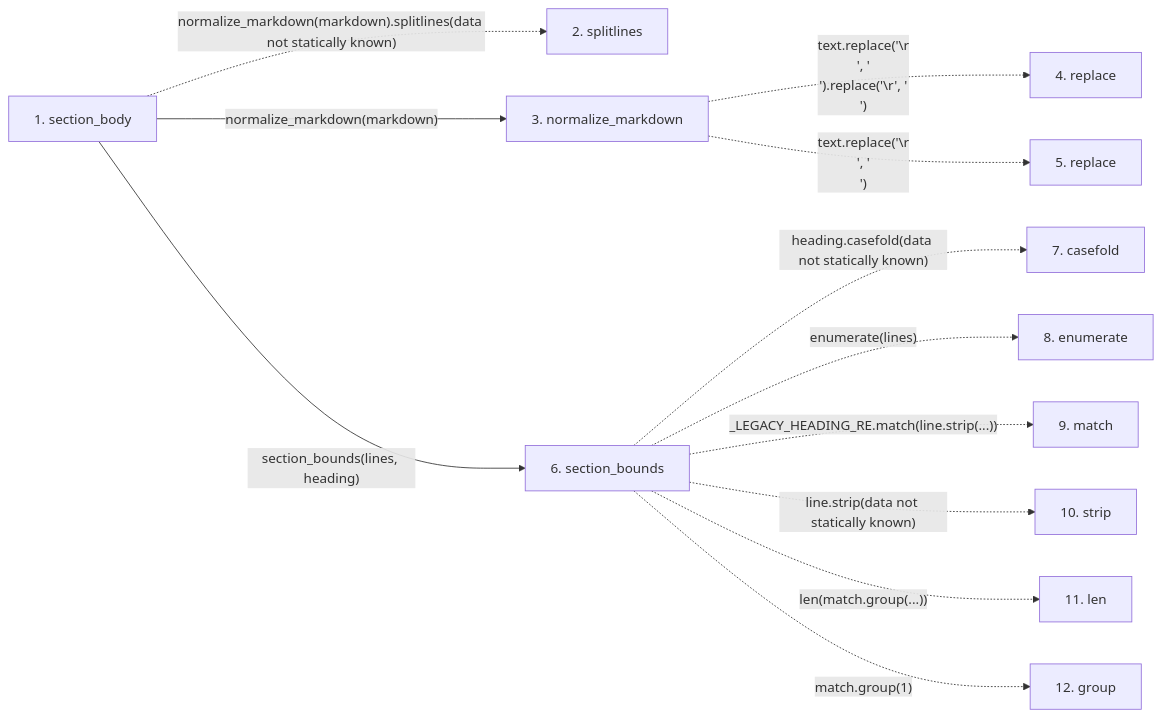
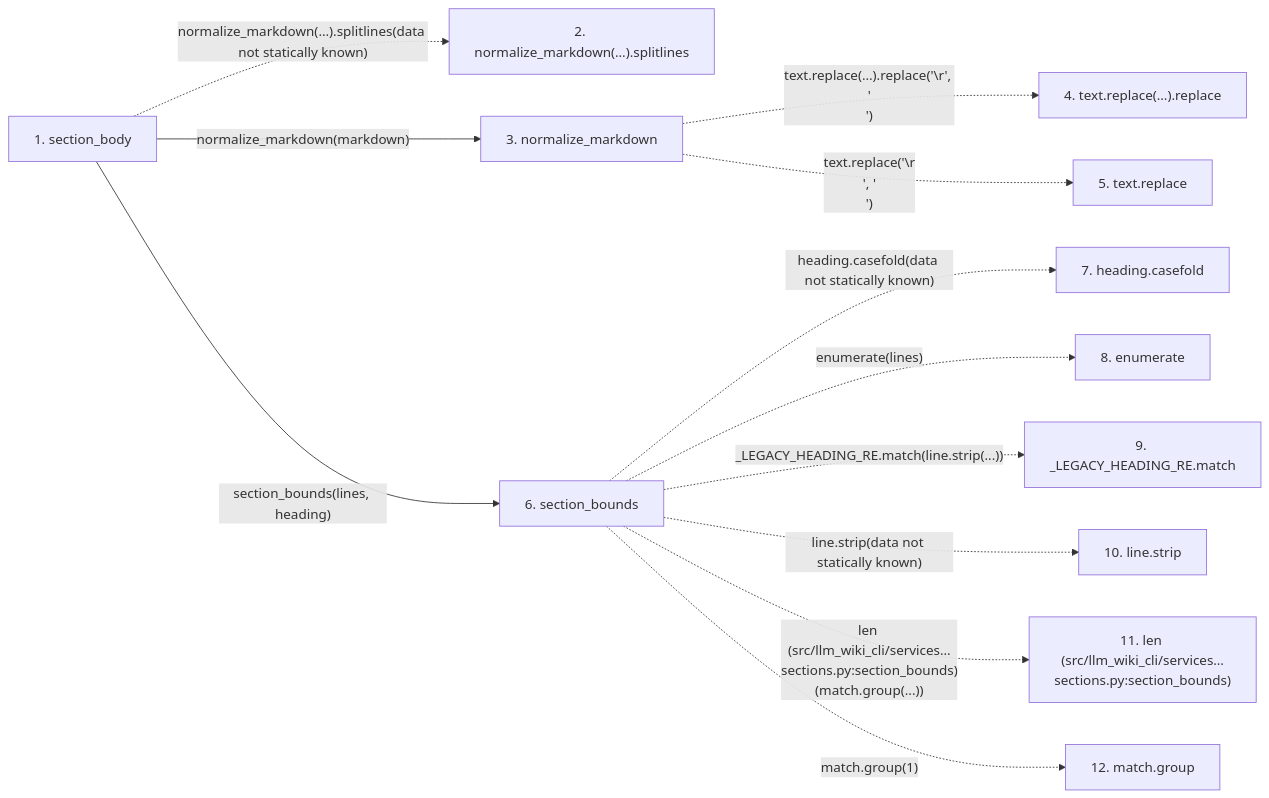
One commit to Denissvgn/python-wiki-llm changed the second of 2 diagrams in docs/llm_wiki/flows/api-section_body.md. Above: the diagram before and after it, drawn with Mermaid. The commit also changed other lines of this file and 719 other files, not shown here.

````diff
--- a/docs/llm_wiki/flows/api-section_body.md
+++ b/docs/llm_wiki/flows/api-section_body.md
@@ -58,29 +67,29 @@
 ```mermaid
 flowchart LR
     s1["1. section_body"]
-    s2["2. splitlines"]
+    s2["2. normalize_markdown(…).splitlines"]
     s3["3. normalize_markdown"]
-    s4["4. replace"]
-    s5["5. replace"]
+    s4["4. text.replace(…).replace"]
+    s5["5. text.replace"]
     s6["6. section_bounds"]
-    s7["7. casefold"]
+    s7["7. heading.casefold"]
     s8["8. enumerate"]
-    s9["9. match"]
-    s10["10. strip"]
-    s11["11. len"]
-    s12["12. group"]
-    s1 -. "normalize_markdown(markdown).splitlines(data not statically known)" .-> s2
+    s9["9. _LEGACY_HEADING_RE.match"]
+    s10["10. line.strip"]
+    s11["11. len (src/llm_wiki_cli/services…sections.py:section_bounds)"]
+    s12["12. match.group"]
+    s1 -. "normalize_markdown(…).splitlines(data not statically known)" .-> s2
     s1 -->|"normalize_markdown(markdown)"| s3
-    s3 -. "text.replace('\r\n', '\n').replace('\r', '\n')" .-> s4
+    s3 -. "text.replace(…).replace('\r', '\n')" .-> s4
     s3 -. "text.replace('\r\n', '\n')" .-> s5
     s1 -->|"section_bounds(lines, heading)"| s6
     s6 -. "heading.casefold(data not statically known)" .-> s7
     s6 -. "enumerate(lines)" .-> s8
     s6 -. "_LEGACY_HEADING_RE.match(line.strip(...))" .-> s9
     s6 -. "line.strip(data not statically known)" .-> s10
-    s6 -. "len(match.group(...))" .-> s11
+    s6 -. "len (src/llm_wiki_cli/services…sections.py:section_bounds)(match.group(...))" .-> s11
     s6 -. "match.group(1)" .-> s12
     click s1 "../modules/markdown_sections.md"
     click s3 "../modules/markdown_sections.md"
     click s6 "../modules/markdown_sections.md"
 ```
````
